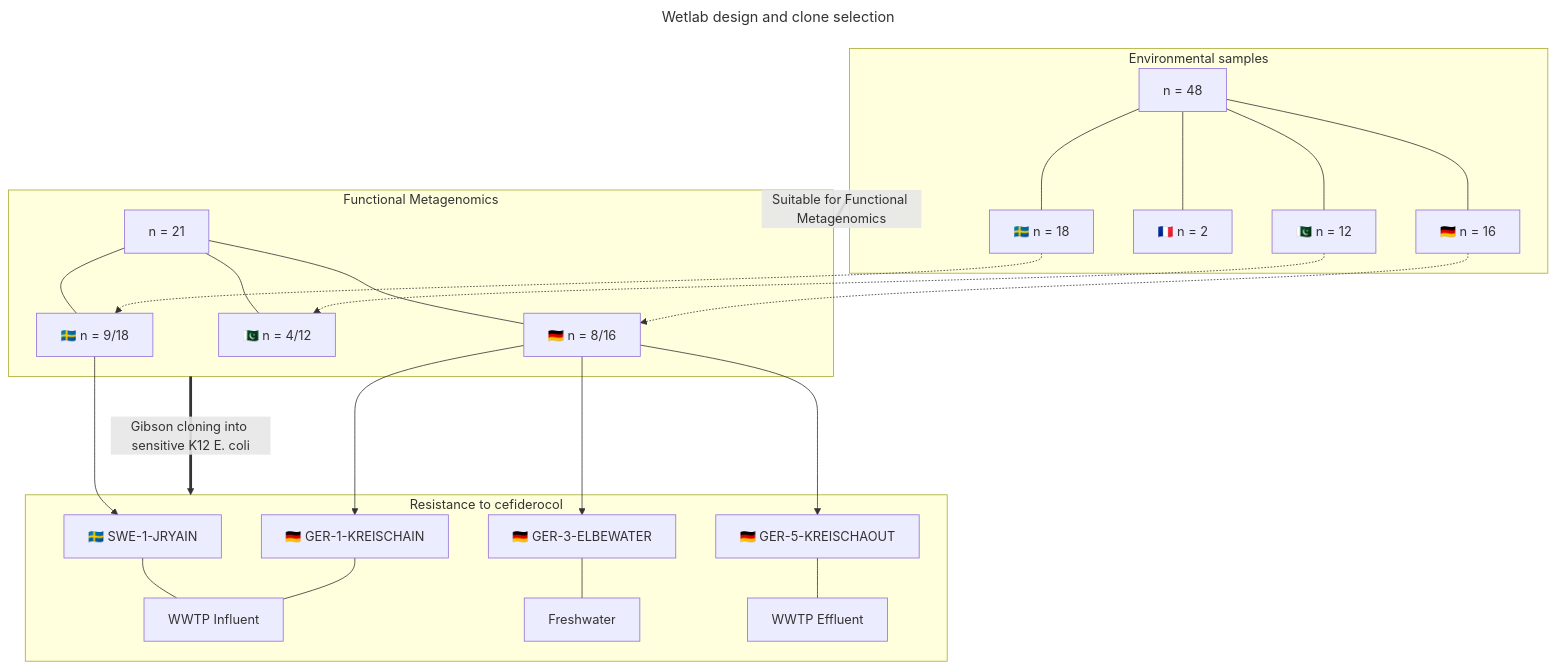
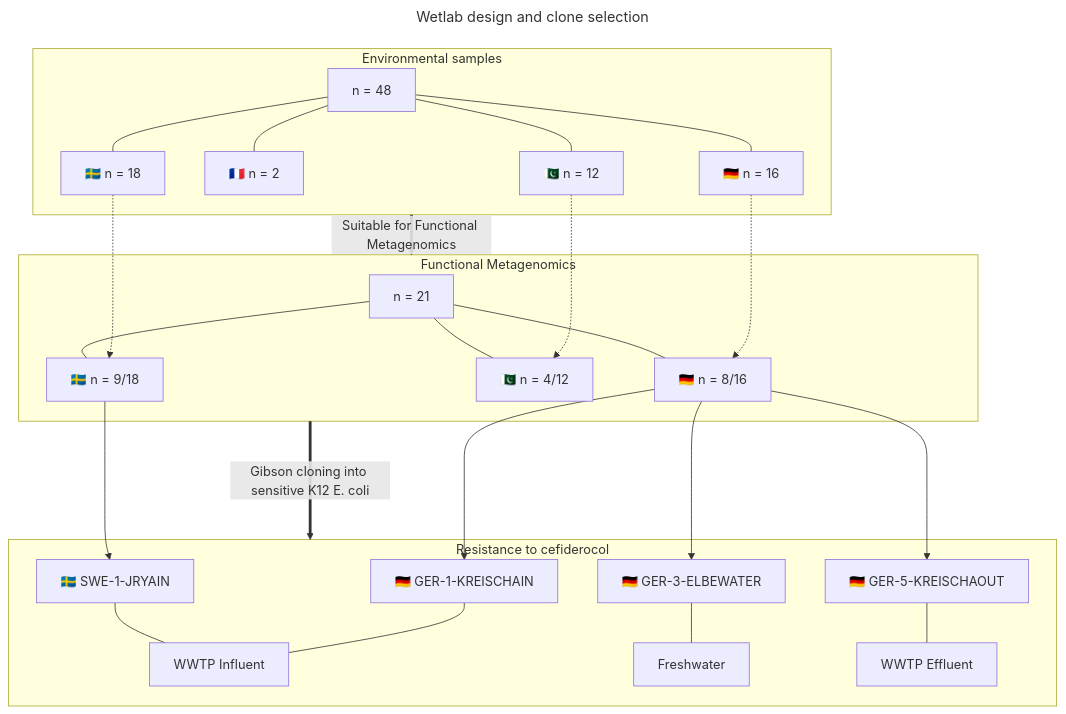
Before and after one commit to RemiGSC/Mgf_FDC: the first of 2 diagrams in README.md, drawn with Mermaid.

````diff
--- a/README.md
+++ b/README.md
@@ -7,39 +7,39 @@
 ```mermaid
 ---
 title: Wetlab design and clone selection
 ---
 flowchart TD
 	subgraph ev [Environmental samples]
 		A[n = 48] --- A1[🇸🇪 n = 18]
 		A --- A2[🇫🇷 n = 2]
 		A --- A3[🇩🇪 n = 16]
 		A --- A4[🇵🇰 n = 12]
 	end
 
 	subgraph fmg [Functional Metagenomics]
 		B[n = 21] --- B1[🇸🇪 n = 9/18]
 		B --- B3[🇩🇪 n = 8/16]
 		B --- B4[🇵🇰 n = 4/12]
 	end
 
 	subgraph Rcef [Resistance to cefiderocol]
 			C1[🇸🇪 SWE-1-JRYAIN] --- WWIN[WWTP Influent]
 			C3a[🇩🇪 GER-1-KREISCHAIN] --- WWIN[WWTP Influent]
 			C3b[🇩🇪 GER-3-ELBEWATER] --- Fresh[Freshwater]
 			C3c[🇩🇪 GER-5-KREISCHAOUT] --- WWEF[WWTP Effluent]
 	end
 
 
 ev ==>|Suitable for Functional Metagenomics| fmg
 
 fmg ==>|Gibson cloning into sensitive K12 E. coli| Rcef
 
-A1 -.-> B1
-A3 -.-> B3
-A4 -.-> B4
+A1 -..-> B1
+A3 -..-> B3
+A4 -..-> B4
 
 B1 ---> C1
 B3 ---> C3a
 B3 ---> C3b
 B3 ---> C3c
 ```
````
